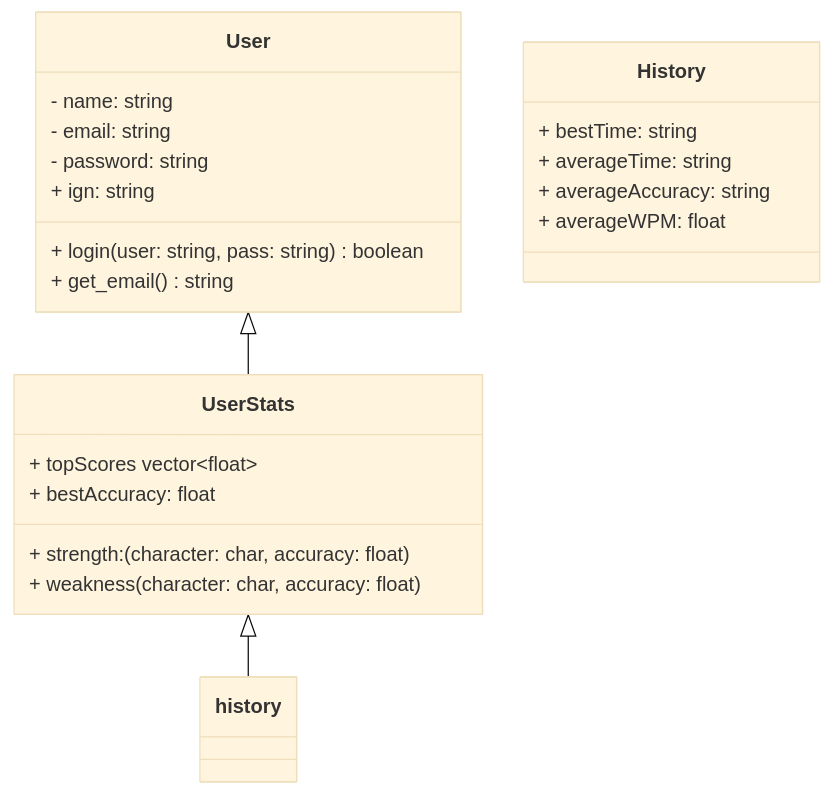
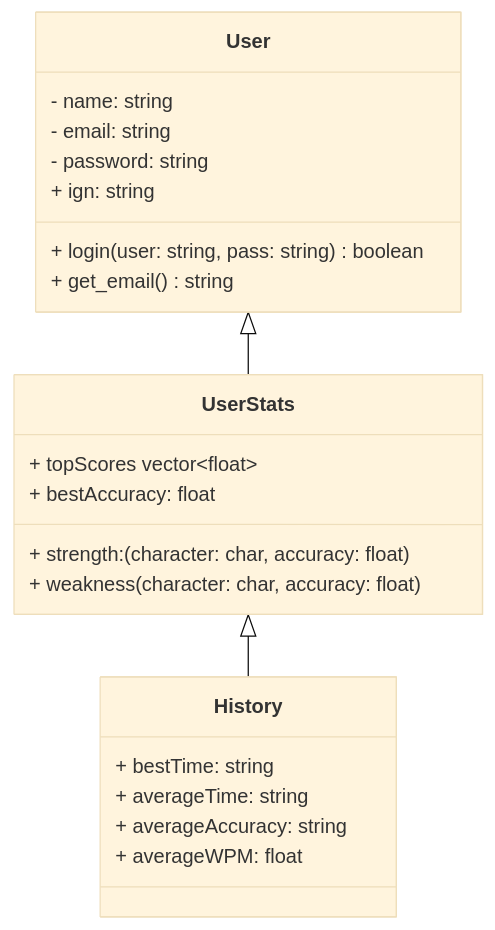
Before and after one commit to CjBoyle3/tippitytappity-design: the diagram in README.md, drawn with Mermaid (base theme).

Commit message:
fixed table names

````diff
--- a/README.md
+++ b/README.md
@@ -8,25 +8,25 @@
 ```mermaid
 classDiagram
   User <|-- UserStats
   class User{ 
         - name: string
         - email: string
         - password: string
         + ign: string
         + login(user: string, pass: string) boolean
         + get_email() string
   }
   class UserStats{
         + topScores vector~float~
         + bestAccuracy: float
         + strength: (character: char, accuracy: float) 
         + weakness (character: char, accuracy: float) 
   }
-  UserStats <|-- history
+  UserStats <|-- History
   class History{
         + bestTime: string
         + averageTime: string
         + averageAccuracy: string
         + averageWPM: float
   }
 ```
````
